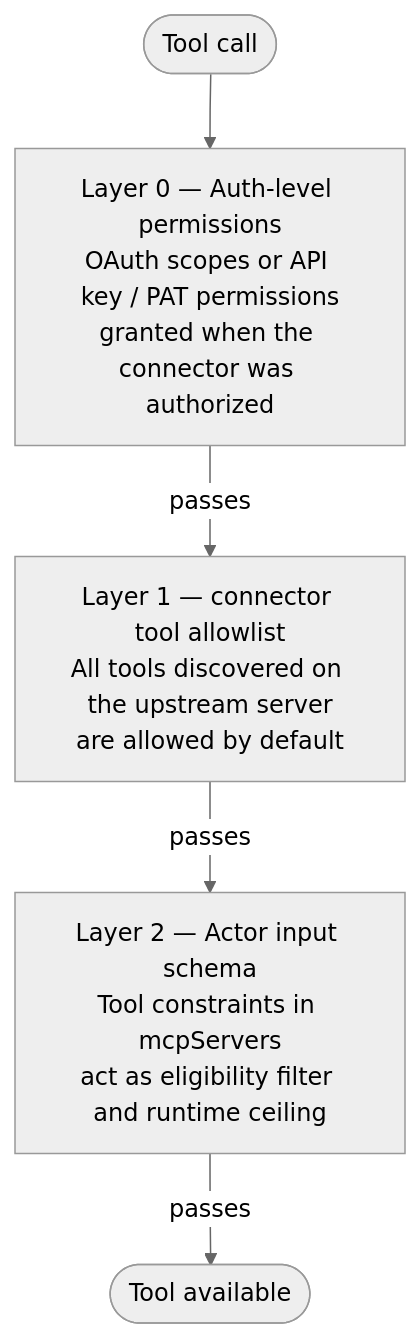
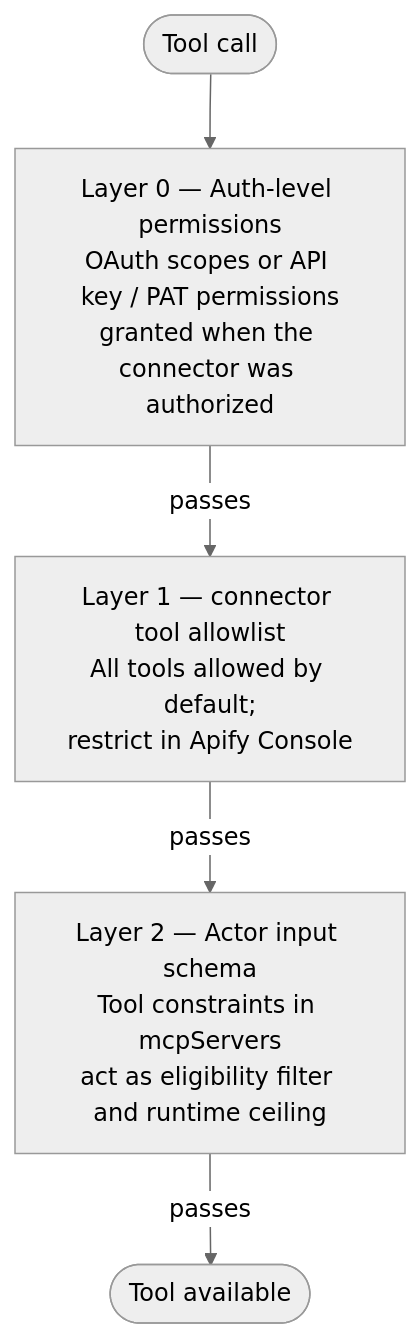
The diagram in sources/platform/integrations/ai/mcp-connectors/using-connectors-in-actors.md (apify/apify-docs), drawn with Mermaid (neutral theme) before and after one commit. The commit also changed other lines of this file and 2 other files, not shown here.

Commit message:
docs: remove time-anchored limitations on MCP connector pages
Fold OAuth methodology and tool-discovery facts into Authentication
methods, drop the Current limitations H2, mention per-tool restriction
(now shipped) in the Mermaid permissions diagram, and drop "currently"
from the settings OAuth client intro.

````diff
--- a/sources/platform/integrations/ai/mcp-connectors/using-connectors-in-actors.md
+++ b/sources/platform/integrations/ai/mcp-connectors/using-connectors-in-actors.md
@@ -422,13 +422,13 @@
 ```mermaid
 flowchart TD
     A([Tool call])
     B["Layer 0 — Auth-level permissions<br/>OAuth scopes or API key / PAT permissions<br/>granted when the connector was authorized"]
-    C["Layer 1 — connector tool allowlist<br/>All tools discovered on the upstream server<br/>are allowed by default"]
+    C["Layer 1 — connector tool allowlist<br/>All tools allowed by default;<br/>restrict in Apify Console"]
     D["Layer 2 — Actor input schema<br/>Tool constraints in mcpServers<br/>act as eligibility filter and runtime ceiling"]
     E([Tool available])
 
     A --> B
     B -->|passes| C
     C -->|passes| D
     D -->|passes| E
 ```
````
